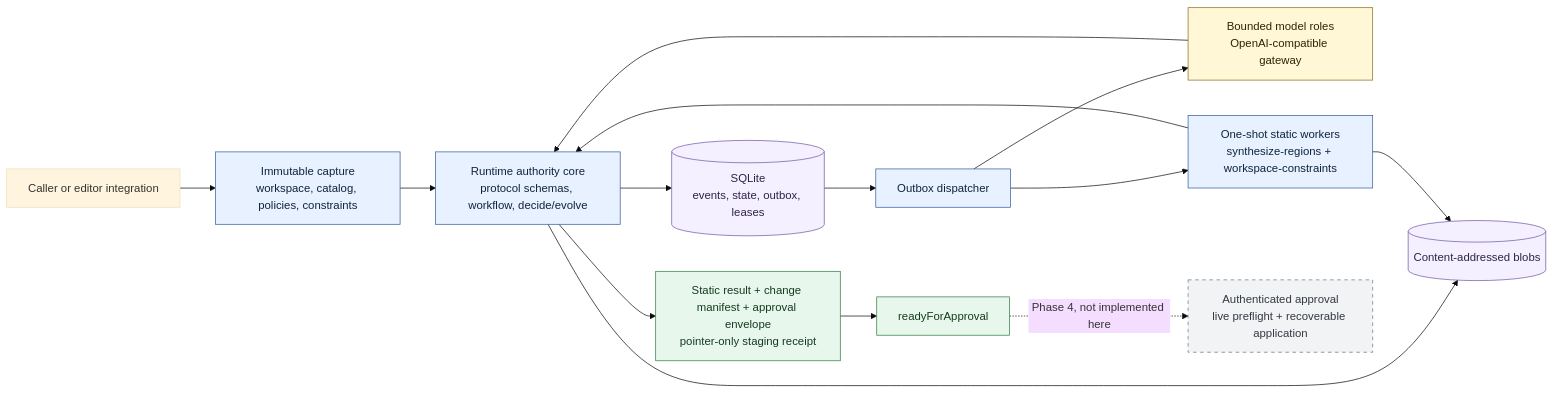
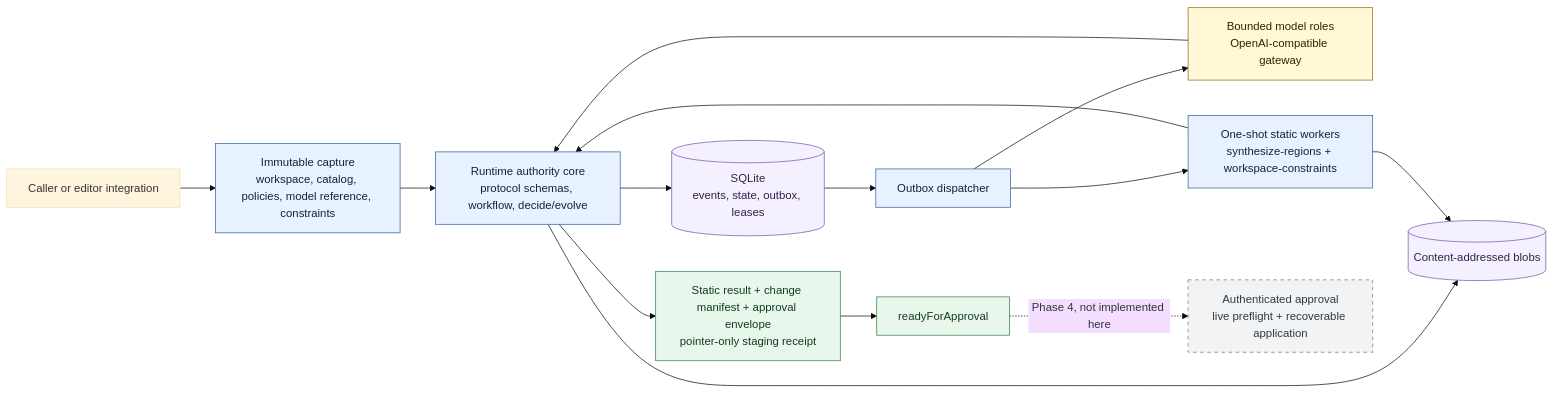
The first of 12 diagrams in docs/synthesis-workflow-technical-design.md (AndrewRLachance/synthesize-regions), drawn with Mermaid (base theme) before and after one commit. The commit also changed other lines of this file and 73 other files, not shown here.

````diff
--- a/docs/synthesis-workflow-technical-design.md
+++ b/docs/synthesis-workflow-technical-design.md
@@ -193,27 +193,27 @@
 ```mermaid
 flowchart LR
-  client["Caller or editor integration"] --> capture["Immutable capture<br/>workspace, catalog, policies, constraints"]
+  client["Caller or editor integration"] --> capture["Immutable capture<br/>workspace, catalog, policies, model reference, constraints"]
   capture --> core["Runtime authority core<br/>protocol schemas, workflow, decide/evolve"]
   core --> database[("SQLite<br/>events, state, outbox, leases")]
   core --> blobs[("Content-addressed blobs")]
   database --> dispatcher["Outbox dispatcher"]
   dispatcher --> model["Bounded model roles<br/>OpenAI-compatible gateway"]
   dispatcher --> static["One-shot static workers<br/>synthesize-regions + workspace-constraints"]
   model --> core
   static --> core
   static --> blobs
   core --> staged["Static result + change manifest + approval envelope<br/>pointer-only staging receipt"]
   staged --> ready["readyForApproval"]
   ready -.->|Phase 4, not implemented here| application["Authenticated approval<br/>live preflight + recoverable application"]
 
   classDef runtime fill:#e8f1ff,stroke:#315f9b,color:#10243e;
   classDef proposal fill:#fff7d6,stroke:#8a6d1d,color:#2f2500;
   classDef success fill:#e8f7ec,stroke:#2f7d43,color:#153b20;
   classDef infrastructure fill:#f4f0ff,stroke:#7057a3,color:#2f2347;
   classDef future fill:#f1f3f5,stroke:#6c757d,color:#343a40,stroke-dasharray:5 5;
   class capture,core,dispatcher,static runtime;
   class model proposal;
   class staged,ready success;
   class database,blobs infrastructure;
   class application future;
 ```
````
